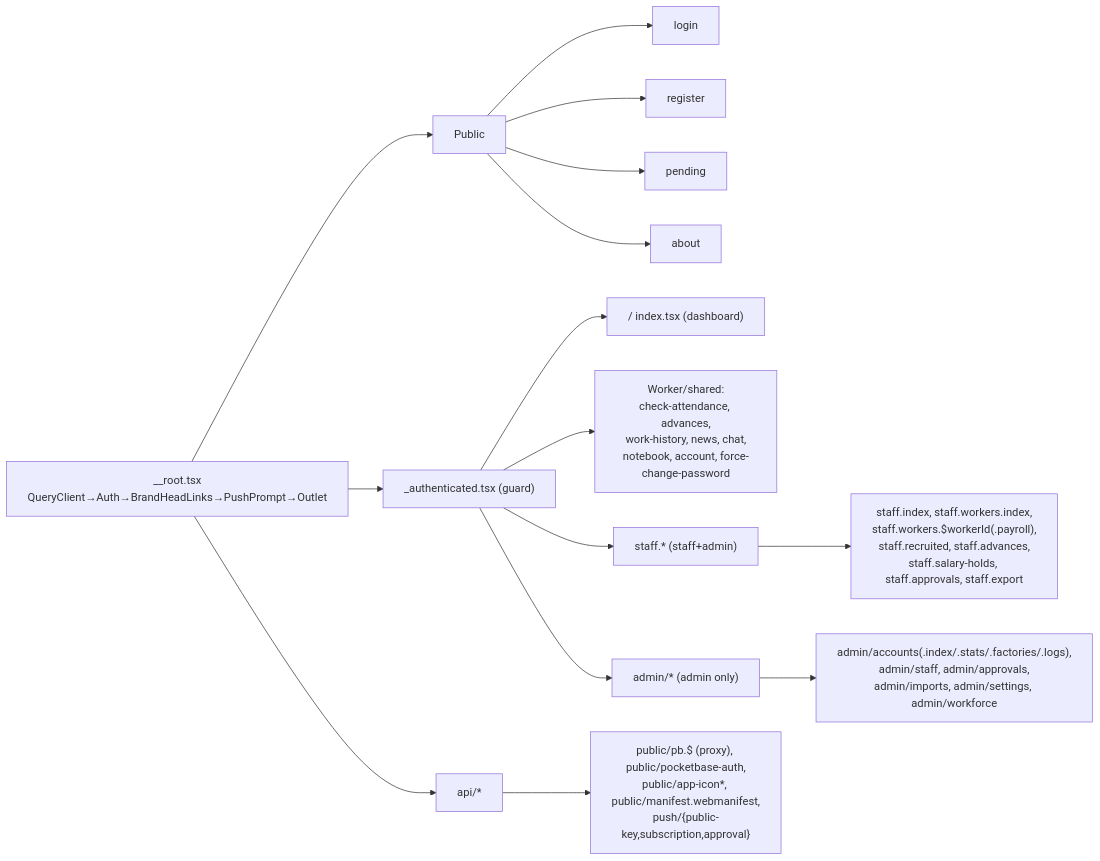
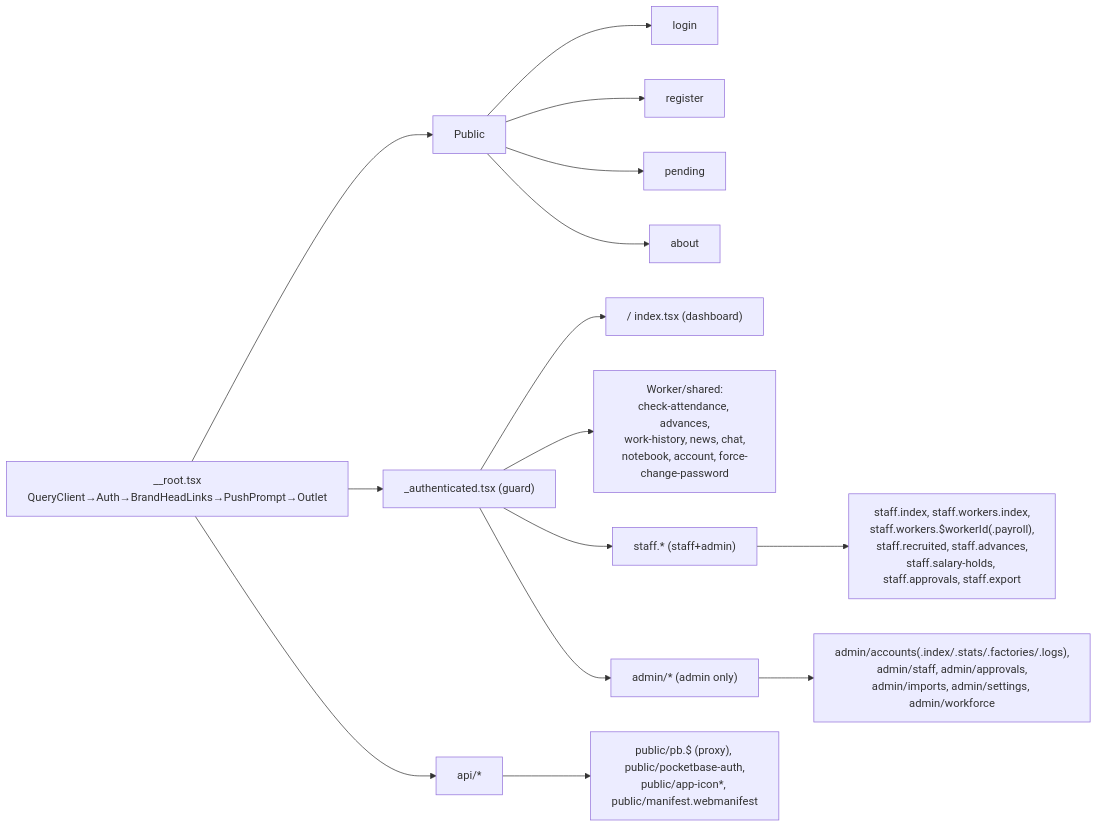
One commit to Hoanghai123a/newJob changed the sixth of 10 diagrams in BLUEPRINT.md. Above: the diagram before and after it, drawn with Mermaid. The commit also changed other lines of this file and 113 other files, not shown here.

````diff
--- a/BLUEPRINT.md
+++ b/BLUEPRINT.md
@@ -315,19 +310,19 @@
 ```mermaid
 flowchart LR
     Root["__root.tsx<br/>QueryClient→Auth→BrandHeadLinks→PushPrompt→Outlet"]
     Root --> Public["Public"]
     Root --> Auth["_authenticated.tsx (guard)"]
     Root --> API["api/*"]
 
     Public --> login & register & pending & about
 
     Auth --> Home["/ index.tsx (dashboard)"]
     Auth --> Worker["Worker/shared:<br/>check-attendance, advances,<br/>work-history, news, chat,<br/>notebook, account, force-change-password"]
     Auth --> Staff["staff.* (staff+admin)"]
     Auth --> Admin["admin/* (admin only)"]
 
     Staff --> S1["staff.index, staff.workers.index,<br/>staff.workers.$workerId(.payroll),<br/>staff.recruited, staff.advances,<br/>staff.salary-holds, staff.approvals, staff.export"]
     Admin --> A1["admin/accounts(.index/.stats/.factories/.logs),<br/>admin/staff, admin/approvals,<br/>admin/imports, admin/settings, admin/workforce"]
 
-    API --> AP1["public/pb.$ (proxy), public/pocketbase-auth,<br/>public/app-icon*, public/manifest.webmanifest,<br/>push/{public-key,subscription,approval}"]
+    API --> AP1["public/pb.$ (proxy), public/pocketbase-auth,<br/>public/app-icon*, public/manifest.webmanifest"]
 ```
````
